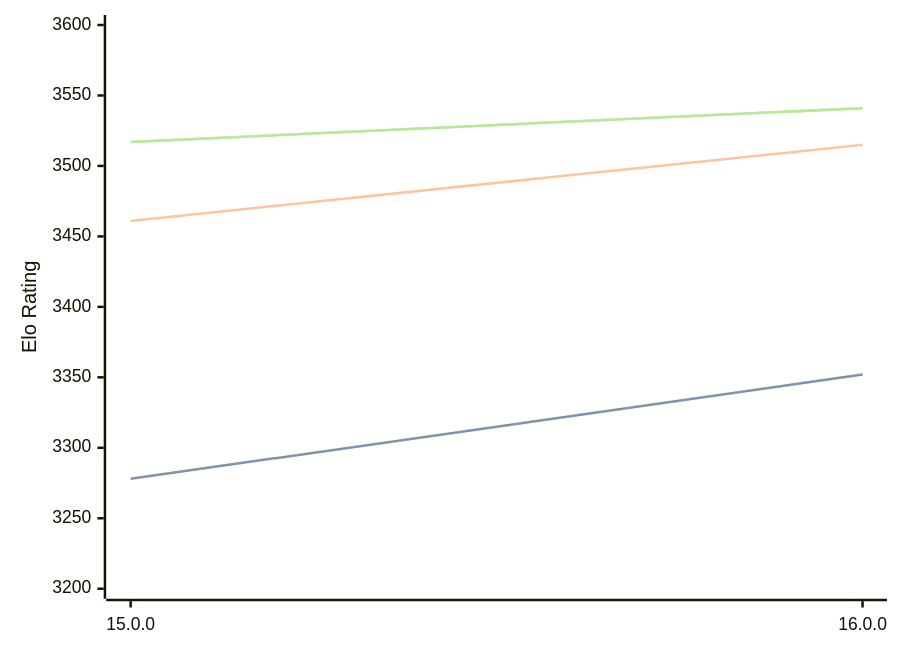
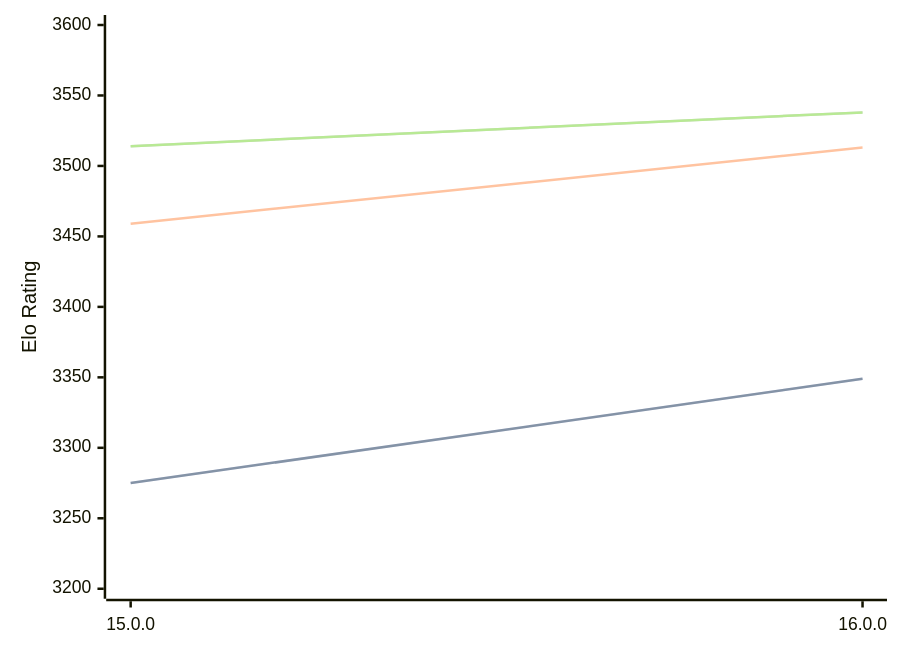
The diagram in engines/Halogen.md (computer-chess-index/cci), drawn with Mermaid before and after one commit. The commit also changed other lines of this file, not shown here.

Commit message:
Update CCI Ratings (ELO VLTC) - 2026-08-12

````diff
--- a/engines/Halogen.md
+++ b/engines/Halogen.md
@@ -32,11 +32,11 @@
 ```mermaid
 %%{init: {"theme":"base","themeVariables":{"seriesColors:['#a3a3a3','#222221','#faa371']}}}%%
 xychart-beta
   x-axis ["15.0.0", "16.0.0"]
   y-axis "Elo Rating" 3200 --> 3600
-  line "STC (8.0+0.08s)" [3278, 3352]
-  line "STC (8.0+0.08s)" [3278, 3352]
-  line "LTC (60.0+0.60s)" [3461, 3515]
-  line "VLTC (2m24s+1.12s)" [3517, 3541]
-  line "VLTC (2m24s+1.12s)" [3517, 3541]
+  line "STC (8.0+0.08s)" [3275, 3349]
+  line "STC (8.0+0.08s)" [3275, 3349]
+  line "LTC (60.0+0.60s)" [3459, 3513]
+  line "VLTC (2m24s+1.12s)" [3514, 3538]
+  line "VLTC (2m24s+1.12s)" [3514, 3538]
 ```
````
